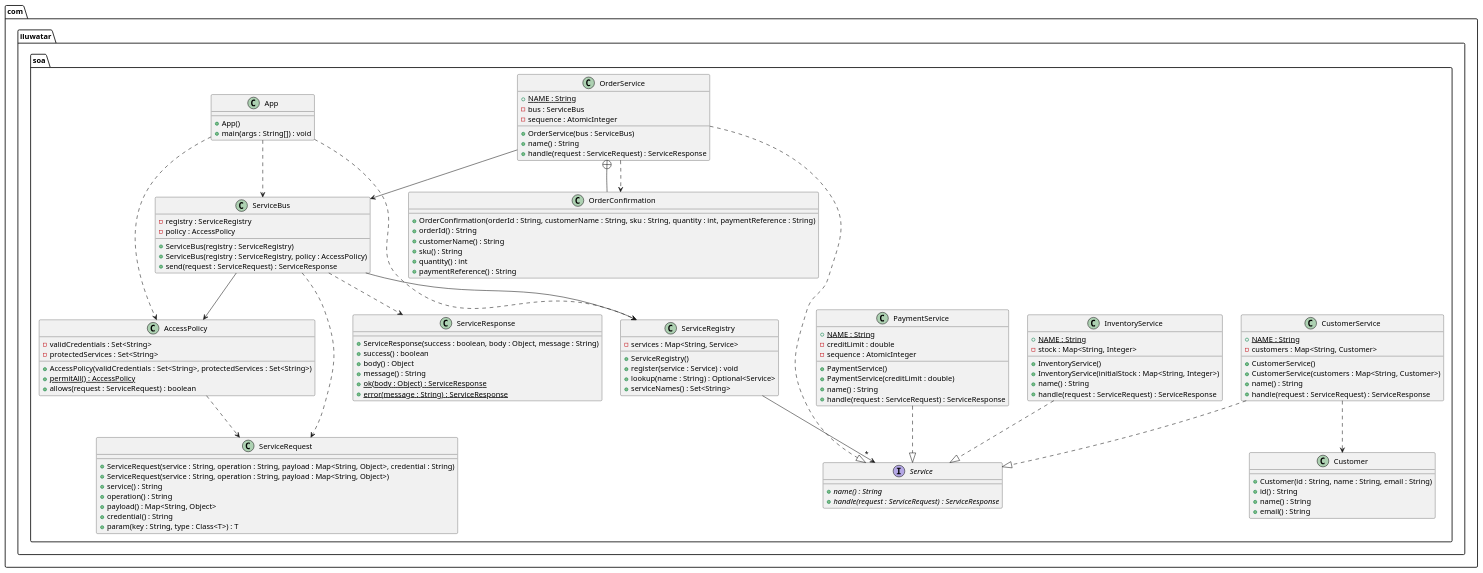
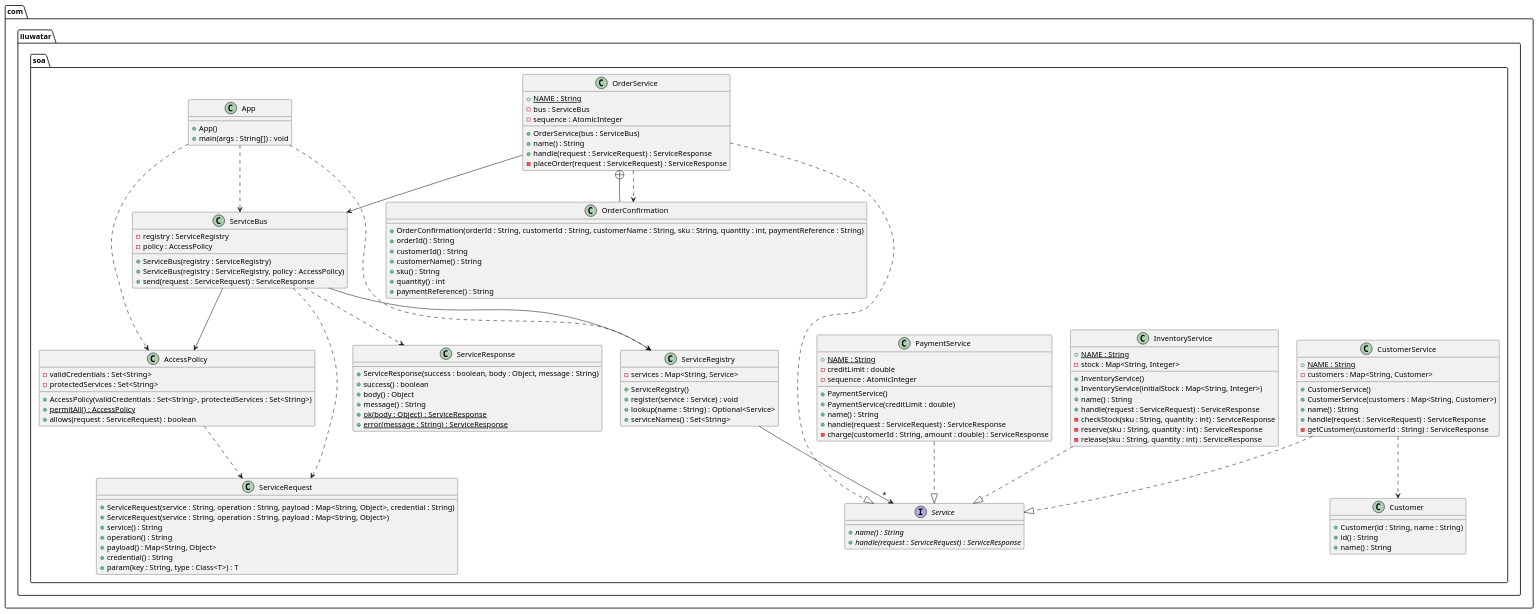
Before and after one commit to ylcn91/java-design-patterns: the diagram in service-oriented-architecture/etc/service-oriented-architecture.urm.puml, drawn with PlantUML. The commit also changed 14 other files, not shown here.

First line of the commit message:
fix: reserve stock before charging and validate order quantity

```diff
--- a/service-oriented-architecture/etc/service-oriented-architecture.urm.puml
+++ b/service-oriented-architecture/etc/service-oriented-architecture.urm.puml
@@ -1,114 +1,120 @@
 @startuml
 package com.iluwatar.soa {
   interface Service {
     + name() : String {abstract}
     + handle(request : ServiceRequest) : ServiceResponse {abstract}
   }
   class ServiceRequest {
     + ServiceRequest(service : String, operation : String, payload : Map<String, Object>, credential : String)
     + ServiceRequest(service : String, operation : String, payload : Map<String, Object>)
     + service() : String
     + operation() : String
     + payload() : Map<String, Object>
     + credential() : String
     + param(key : String, type : Class<T>) : T
   }
   class ServiceResponse {
     + ServiceResponse(success : boolean, body : Object, message : String)
     + success() : boolean
     + body() : Object
     + message() : String
     + ok(body : Object) : ServiceResponse {static}
     + error(message : String) : ServiceResponse {static}
   }
   class ServiceRegistry {
     - services : Map<String, Service>
     + ServiceRegistry()
     + register(service : Service) : void
     + lookup(name : String) : Optional<Service>
     + serviceNames() : Set<String>
   }
   class ServiceBus {
     - registry : ServiceRegistry
     - policy : AccessPolicy
     + ServiceBus(registry : ServiceRegistry)
     + ServiceBus(registry : ServiceRegistry, policy : AccessPolicy)
     + send(request : ServiceRequest) : ServiceResponse
   }
   class AccessPolicy {
     - validCredentials : Set<String>
     - protectedServices : Set<String>
     + AccessPolicy(validCredentials : Set<String>, protectedServices : Set<String>)
     + permitAll() : AccessPolicy {static}
     + allows(request : ServiceRequest) : boolean
   }
   class Customer {
-    + Customer(id : String, name : String, email : String)
+    + Customer(id : String, name : String)
     + id() : String
     + name() : String
-    + email() : String
   }
   class CustomerService {
     + NAME : String {static}
     - customers : Map<String, Customer>
     + CustomerService()
     + CustomerService(customers : Map<String, Customer>)
     + name() : String
     + handle(request : ServiceRequest) : ServiceResponse
+    - getCustomer(customerId : String) : ServiceResponse
   }
   class InventoryService {
     + NAME : String {static}
     - stock : Map<String, Integer>
     + InventoryService()
     + InventoryService(initialStock : Map<String, Integer>)
     + name() : String
     + handle(request : ServiceRequest) : ServiceResponse
+    - checkStock(sku : String, quantity : int) : ServiceResponse
+    - reserve(sku : String, quantity : int) : ServiceResponse
+    - release(sku : String, quantity : int) : ServiceResponse
   }
   class PaymentService {
     + NAME : String {static}
     - creditLimit : double
     - sequence : AtomicInteger
     + PaymentService()
     + PaymentService(creditLimit : double)
     + name() : String
     + handle(request : ServiceRequest) : ServiceResponse
+    - charge(customerId : String, amount : double) : ServiceResponse
   }
   class OrderService {
     + NAME : String {static}
     - bus : ServiceBus
     - sequence : AtomicInteger
     + OrderService(bus : ServiceBus)
     + name() : String
     + handle(request : ServiceRequest) : ServiceResponse
+    - placeOrder(request : ServiceRequest) : ServiceResponse
   }
   class OrderConfirmation {
-    + OrderConfirmation(orderId : String, customerName : String, sku : String, quantity : int, paymentReference : String)
+    + OrderConfirmation(orderId : String, customerId : String, customerName : String, sku : String, quantity : int, paymentReference : String)
     + orderId() : String
+    + customerId() : String
     + customerName() : String
     + sku() : String
     + quantity() : int
     + paymentReference() : String
   }
   class App {
     + App()
     + main(args : String[]) : void
   }
 }
 CustomerService ..|> Service
 InventoryService ..|> Service
 PaymentService ..|> Service
 OrderService ..|> Service
 ServiceBus --> ServiceRegistry
 ServiceBus --> AccessPolicy
 AccessPolicy ..> ServiceRequest
 ServiceRegistry --> "*" Service
 OrderService --> ServiceBus
 OrderService +-- OrderConfirmation
 OrderService ..> OrderConfirmation
 CustomerService ..> Customer
 ServiceBus ..> ServiceRequest
 ServiceBus ..> ServiceResponse
 App ..> ServiceBus
 App ..> ServiceRegistry
 App ..> AccessPolicy
 @enduml
```
